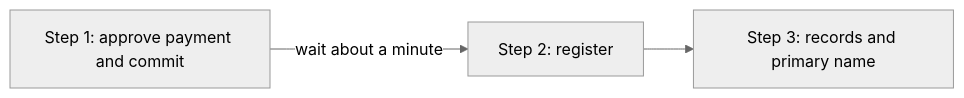
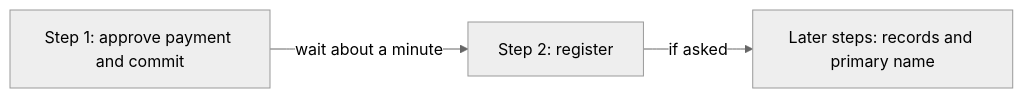
The second of 2 diagrams in apps/docs/content/docs/sdk/(how-ens-works)/writing-to-ens.mdx (thenamespace/ensforge), drawn with Mermaid (neutral theme) before and after one commit. The commit also changed other lines of this file and 25 other files, not shown here.

````diff
--- a/apps/docs/content/docs/sdk/(how-ens-works)/writing-to-ens.mdx
+++ b/apps/docs/content/docs/sdk/(how-ens-works)/writing-to-ens.mdx
@@ -102,5 +104,5 @@
 ```mermaid
 flowchart LR
   A["Step 1: approve payment and commit"] -->|wait about a minute| B["Step 2: register"]
-  B --> C["Step 3: records and primary name"]
+  B -->|if asked| C["Later steps: records and primary name"]
 ```
````
